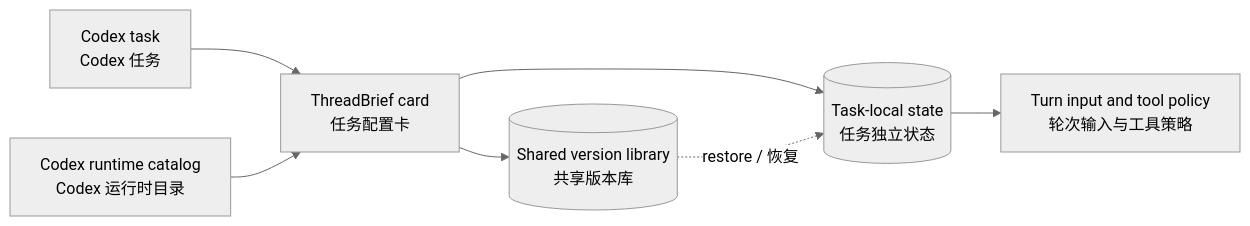
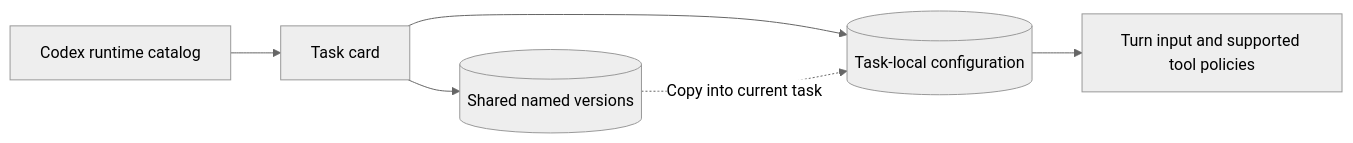
One commit to liulinlin718-netizen/threadbrief changed the diagram in README.md. Above: the diagram before and after it, drawn with Mermaid (neutral theme). The commit also changed other lines of this file and 27 other files, not shown here.

Commit message:
Publish ThreadBrief 0.3.3 with task isolation improvements and illustrated bilingual guides

````diff
--- a/README.md
+++ b/README.md
@@ -12,9 +133,8 @@
 ```mermaid
 flowchart LR
-    C["Codex task<br/>Codex 任务"] --> P["ThreadBrief card<br/>任务配置卡"]
-    R["Codex runtime catalog<br/>Codex 运行时目录"] --> P
-    P --> T[("Task-local state<br/>任务独立状态")]
-    P --> V[("Shared version library<br/>共享版本库")]
-    T --> I["Turn input and tool policy<br/>轮次输入与工具策略"]
-    V -. "restore / 恢复" .-> T
+    R[Codex runtime catalog] --> C[Task card]
+    C --> T[(Task-local configuration)]
+    C --> V[(Shared named versions)]
+    V -. Copy into current task .-> T
+    T --> A[Turn input and supported tool policies]
 ```
````
